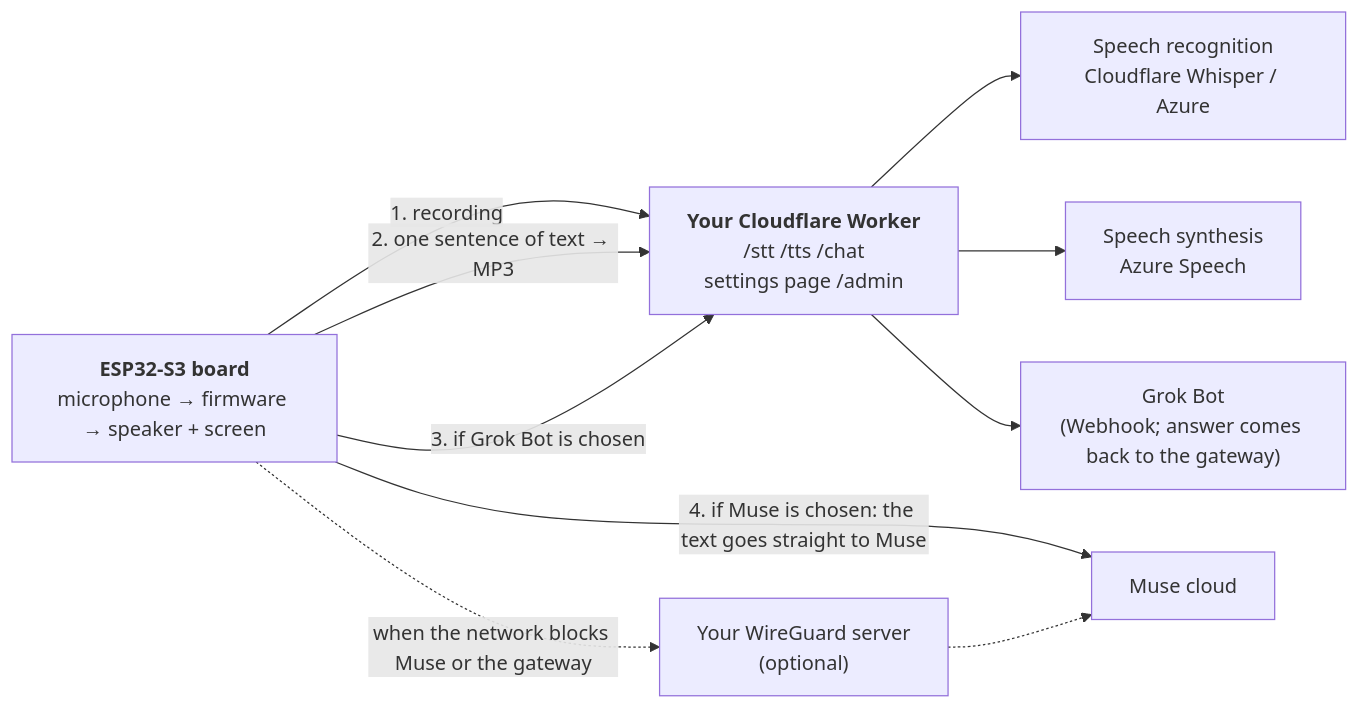
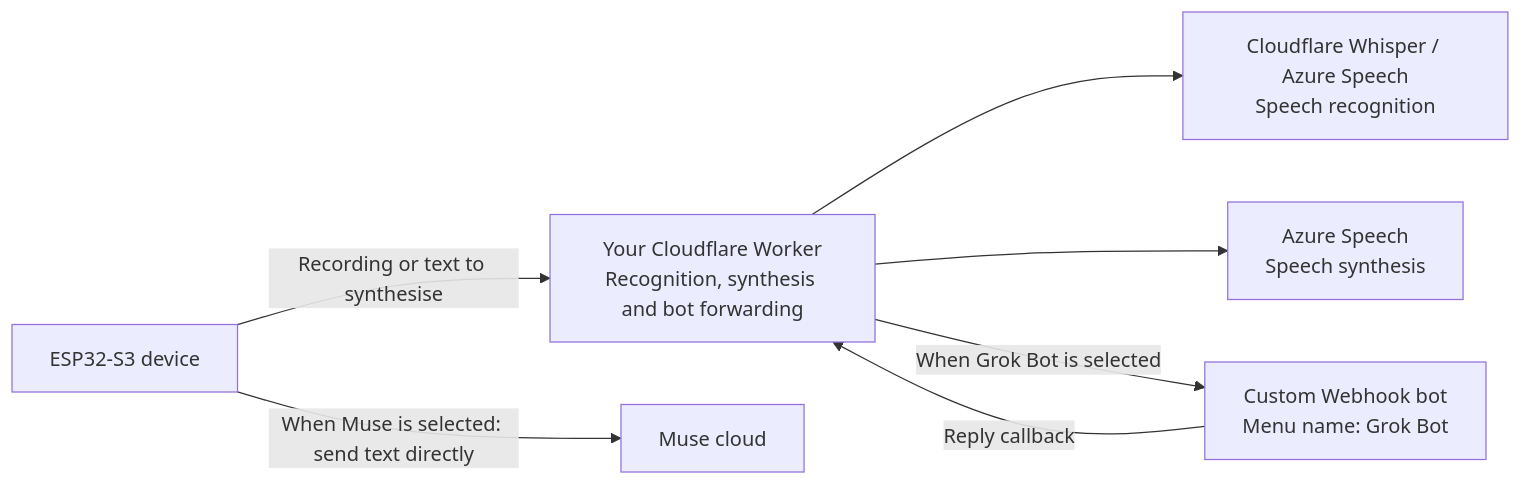
Before and after one commit to burndown/esp32-twinmate: the diagram in README.md, drawn with Mermaid. The commit also changed other lines of this file and 3 other files, not shown here.

````diff
--- a/README.md
+++ b/README.md
@@ -29,15 +18,15 @@
 ```mermaid
 flowchart LR
-  board["<b>ESP32-S3 board</b><br/>microphone → firmware → speaker + screen"]
-  gw["<b>Your Cloudflare Worker</b><br/>/stt  /tts  /chat<br/>settings page /admin"]
-  asr["Speech recognition<br/>Cloudflare Whisper / Azure"]
-  tts["Speech synthesis<br/>Azure Speech"]
-  bot["Grok Bot<br/>(Webhook; answer comes back to the gateway)"]
+  board["ESP32-S3 device"]
+  gw["Your Cloudflare Worker<br/>Recognition, synthesis and bot forwarding"]
+  asr["Cloudflare Whisper / Azure Speech<br/>Speech recognition"]
+  tts["Azure Speech<br/>Speech synthesis"]
+  bot["Custom Webhook bot<br/>Menu name: Grok Bot"]
   muse["Muse cloud"]
-  wg["Your WireGuard server<br/>(optional)"]
-  board -->|"1. recording"| gw --> asr
-  board -->|"2. one sentence of text → MP3"| gw --> tts
-  board -->|"3. if Grok Bot is chosen"| gw --> bot
-  board -->|"4. if Muse is chosen: the text goes straight to Muse"| muse
-  board -.->|"when the network blocks Muse or the gateway"| wg -.-> muse
+  board -->|Recording or text to synthesise| gw
+  gw --> asr
+  gw --> tts
+  gw -->|When Grok Bot is selected| bot
+  bot -->|Reply callback| gw
+  board -->|When Muse is selected: send text directly| muse
 ```
````
